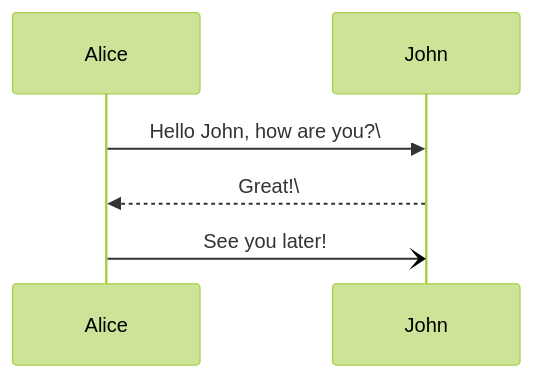
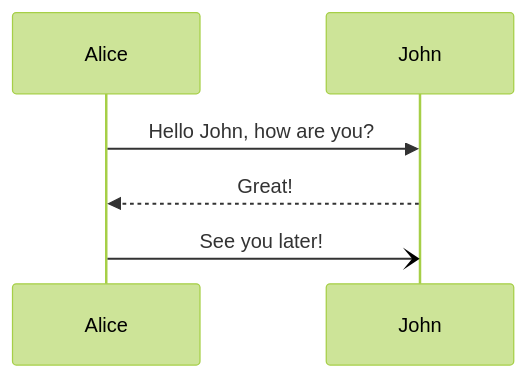
Before and after one commit to Khun111/open-trivia: the diagram in README.md, drawn with Mermaid (forest theme).

````diff
--- a/README.md
+++ b/README.md
@@ -1,6 +1,6 @@
 ```mermaid
 sequenceDiagram
-    Alice->>John: Hello John, how are you?\
-    John-->>Alice: Great!\
+    Alice->>John: Hello John, how are you?
+    John-->>Alice: Great!
     Alice-)John: See you later!
 ```
````
